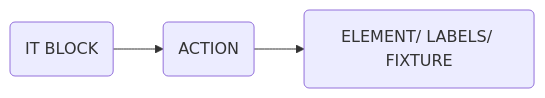
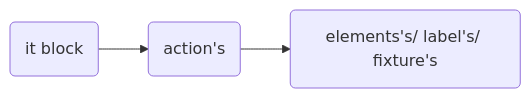
Before and after one commit to tayyabsaleem7756/ignicube: the diagram in README.md, drawn with Mermaid.

````diff
--- a/README.md
+++ b/README.md
@@ -232,4 +232,4 @@
 ```mermaid
 graph LR
-A(IT BLOCK) -->B(ACTION) --> C(ELEMENT/ LABELS/ FIXTURE)
+A(it block) -->B(action's) --> C(elements's/ label's/ fixture's)
 ```
````
